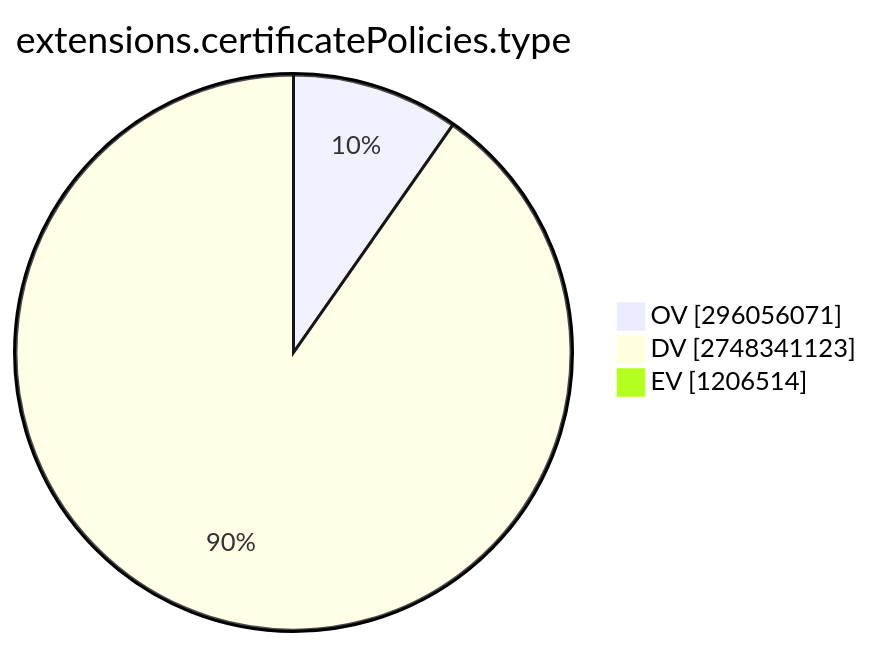
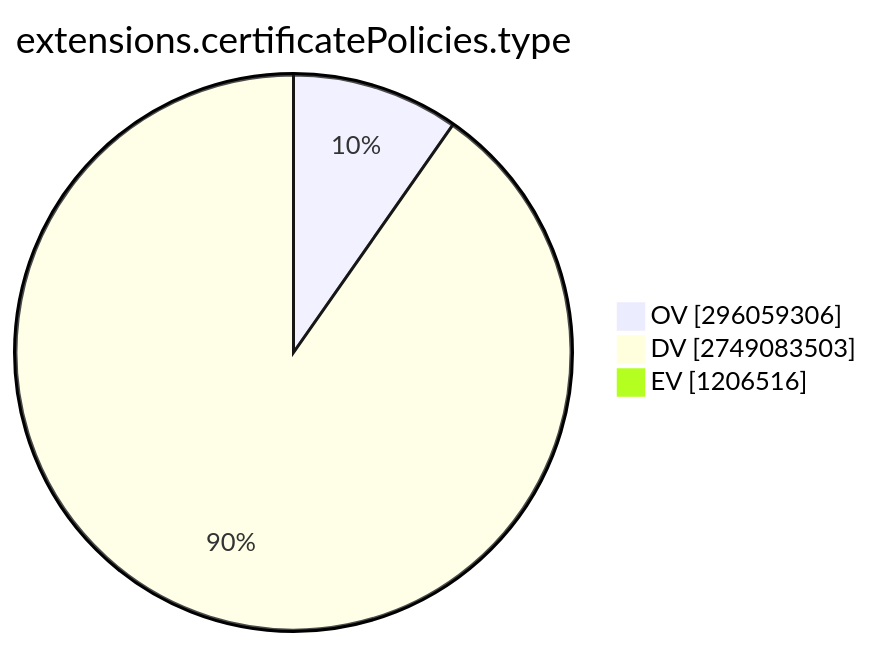
Before and after one commit to christiankrug/ctmonitor_visualization: the ninth of 15 diagrams in TOTAL/README.md, drawn with Mermaid. The commit also changed other lines of this file, not shown here.

````diff
--- a/TOTAL/README.md
+++ b/TOTAL/README.md
@@ -3098,7 +3098,7 @@
 ```mermaid
 pie showData
 title extensions.certificatePolicies.type
-"OV" :296056071
-"DV" :2748341123
-"EV" :1206514
+"OV" :296059306
+"DV" :2749083503
+"EV" :1206516
 ```
````
